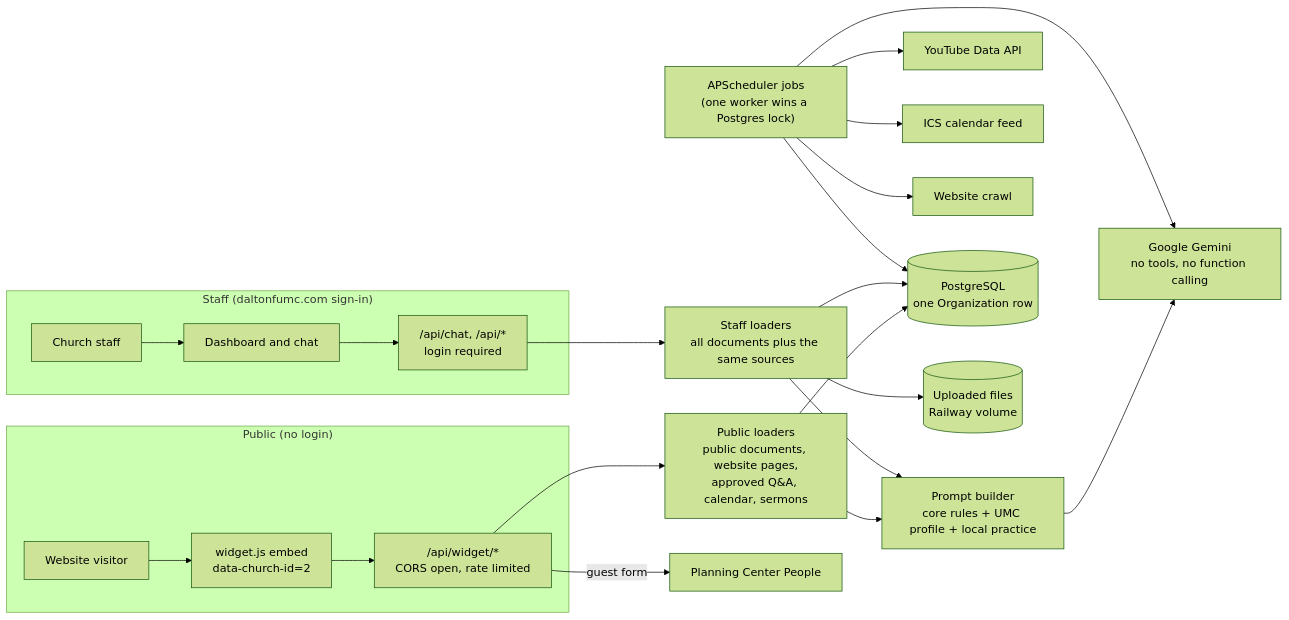
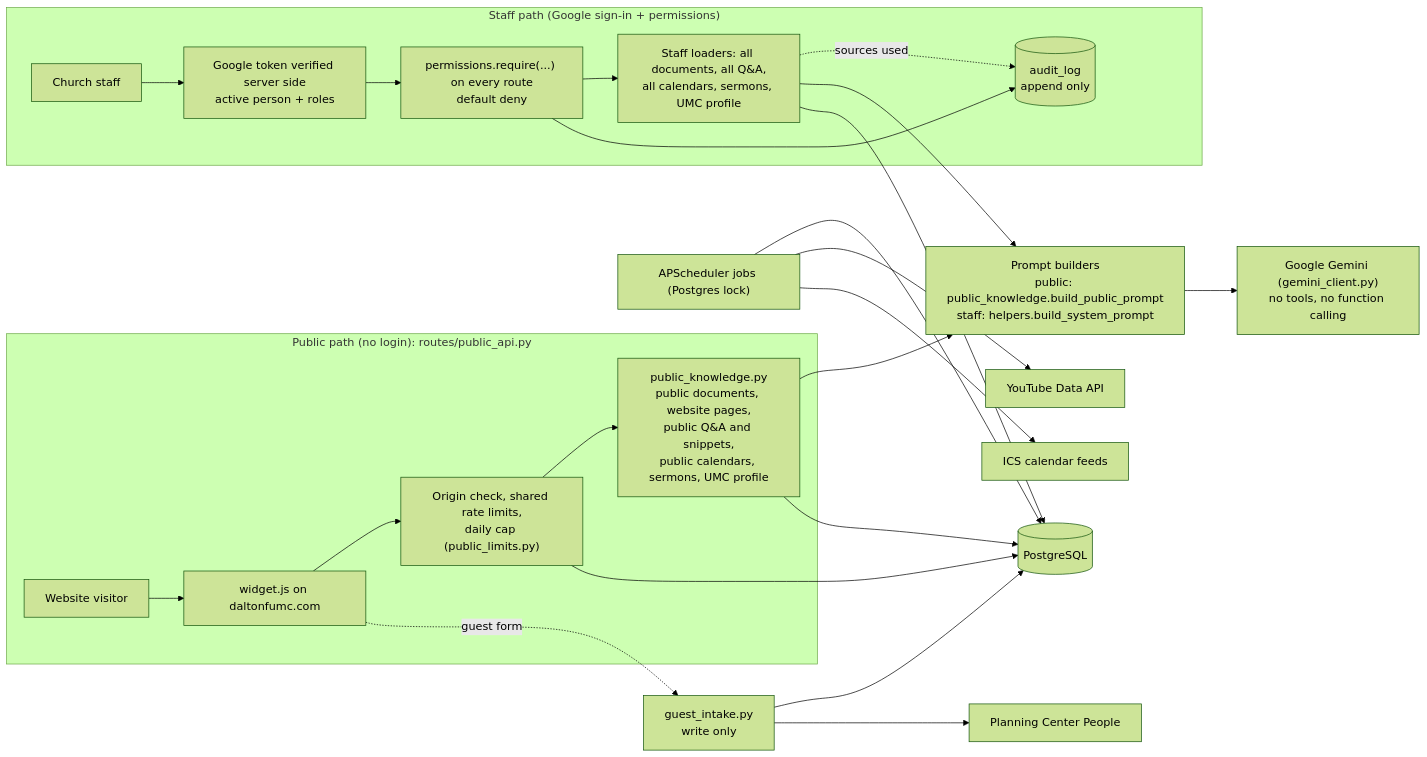
Before and after one commit to matdaltonfirst/wesley-ai-saas: the diagram in docs/ARCHITECTURE.md, drawn with Mermaid (forest theme). The commit also changed other lines of this file and 74 other files, not shown here.

First line of the commit message:
Phase 1b: Google sign-in, roles and permissions, audit log, public/staff boundary

````diff
--- a/docs/ARCHITECTURE.md
+++ b/docs/ARCHITECTURE.md
@@ -6,28 +6,26 @@
 ```mermaid
 flowchart LR
-  subgraph Public["Public (no login)"]
-    Visitor["Website visitor"] --> Widget["widget.js embed<br/>data-church-id=2"]
-    Widget --> PubAPI["/api/widget/*<br/>CORS open, rate limited"]
+  subgraph Public["Public path (no login): routes/public_api.py"]
+    Visitor["Website visitor"] --> Widget["widget.js on daltonfumc.com"]
+    Widget --> Gate["Origin check, shared rate limits,<br/>daily cap (public_limits.py)"]
+    Gate --> PubK["public_knowledge.py<br/>public documents, website pages,<br/>public Q&A and snippets,<br/>public calendars, sermons, UMC profile"]
   end
-  subgraph Staff["Staff (daltonfumc.com sign-in)"]
-    Person["Church staff"] --> UI["Dashboard and chat"]
-    UI --> StaffAPI["/api/chat, /api/*<br/>login required"]
+  subgraph Staff["Staff path (Google sign-in + permissions)"]
+    Person["Church staff"] --> Auth["Google token verified server side<br/>active person + roles"]
+    Auth --> Perm["permissions.require(...) on every route<br/>default deny"]
+    Perm --> StaffK["Staff loaders: all documents, all Q&A,<br/>all calendars, sermons, UMC profile"]
+    Perm --> Audit[("audit_log<br/>append only")]
+    StaffK -. "sources used" .-> Audit
   end
-
-  PubAPI --> PubLoad["Public loaders<br/>public documents, website pages,<br/>approved Q&A, calendar, sermons"]
-  StaffAPI --> StaffLoad["Staff loaders<br/>all documents plus the same sources"]
-  PubLoad --> Prompt["Prompt builder<br/>core rules + UMC profile + local practice"]
-  StaffLoad --> Prompt
-  Prompt --> Gemini["Google Gemini<br/>no tools, no function calling"]
-
-  Sched["APScheduler jobs<br/>(one worker wins a Postgres lock)"] --> YT["YouTube Data API"]
-  Sched --> ICS["ICS calendar feed"]
-  Sched --> Crawl["Website crawl"]
-  Sched --> Gemini
-  PubAPI -->|"guest form"| PCO["Planning Center People"]
-
-  PubLoad --> DB[("PostgreSQL<br/>one Organization row")]
-  StaffLoad --> DB
-  Sched --> DB
-  StaffLoad --> Files[("Uploaded files<br/>Railway volume")]
+  PubK --> Prompt["Prompt builders<br/>public: public_knowledge.build_public_prompt<br/>staff: helpers.build_system_prompt"]
+  StaffK --> Prompt
+  Prompt --> Gemini["Google Gemini (gemini_client.py)<br/>no tools, no function calling"]
+  PubK --> DB[("PostgreSQL")]
+  StaffK --> DB
+  Gate --> DB
+  Widget -. "guest form" .-> Intake["guest_intake.py<br/>write only"] --> DB
+  Intake --> PCO["Planning Center People"]
+  Sched["APScheduler jobs (Postgres lock)"] --> DB
+  Sched --> YT["YouTube Data API"]
+  Sched --> ICS["ICS calendar feeds"]
 ```
````
